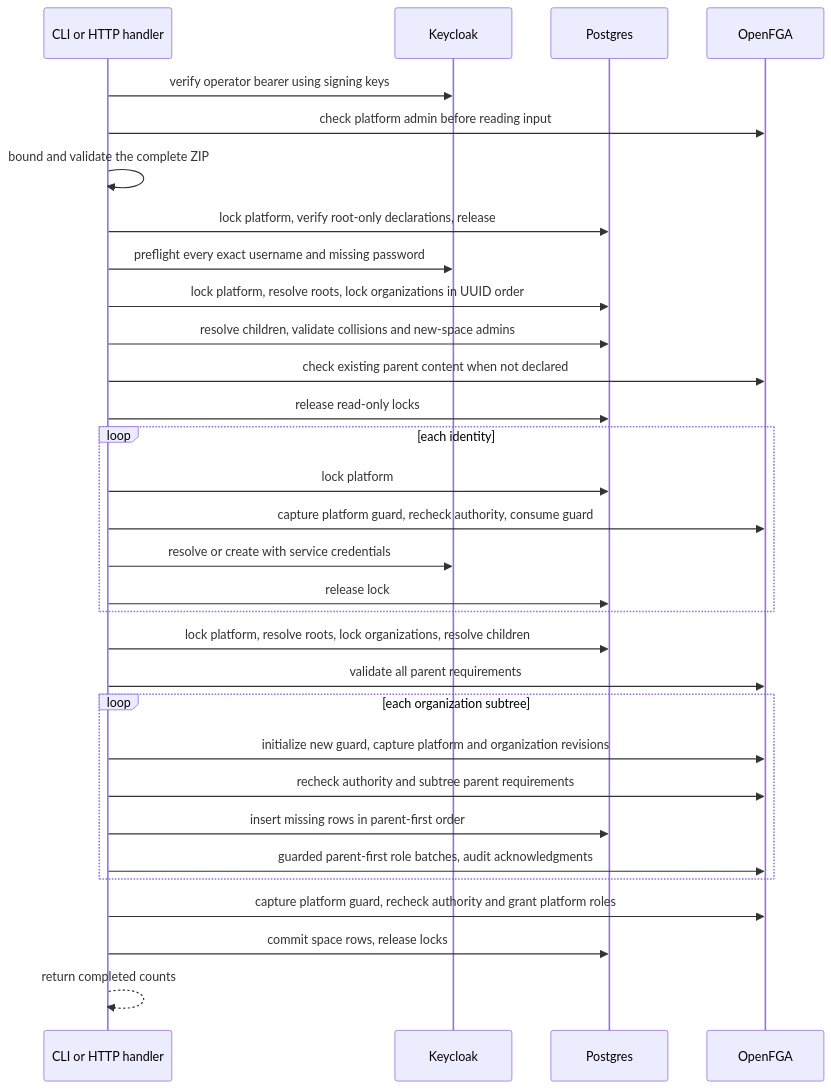
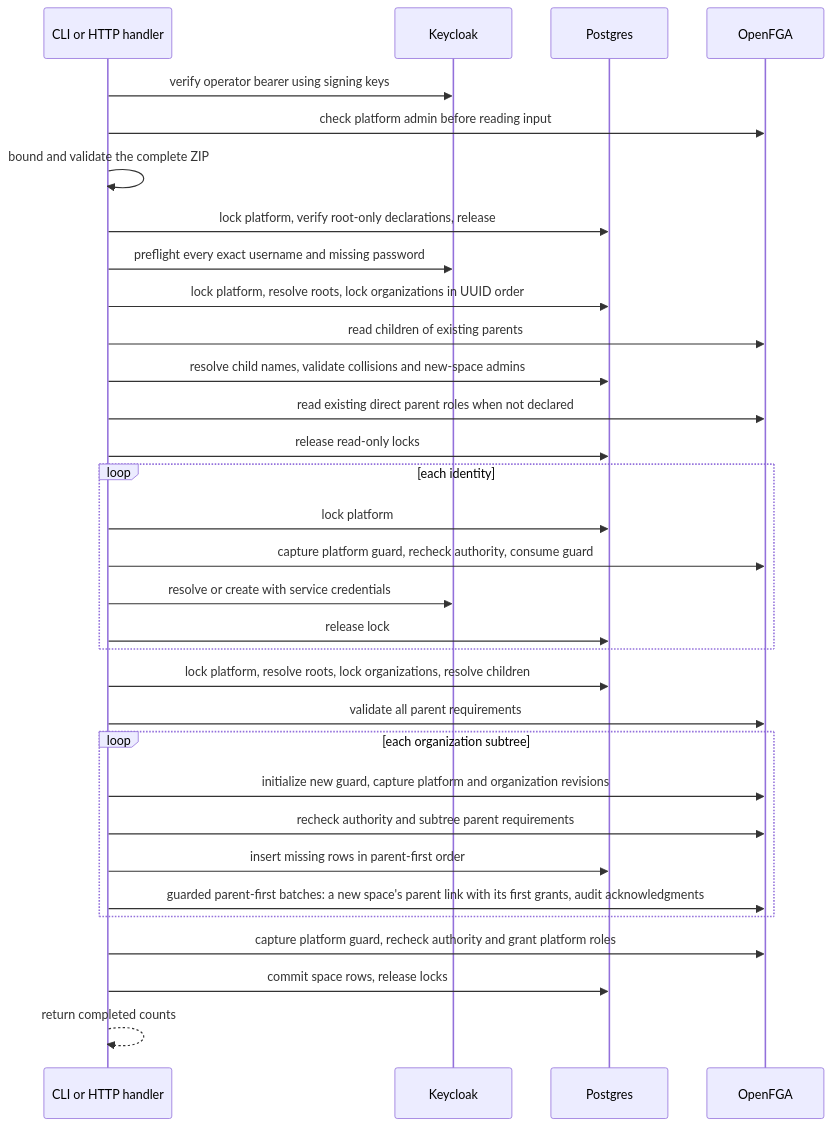
One commit to ThalesGroup/fred changed the ninth of 9 diagrams in docs/architecture/A1-manager-runtime.md. Above: the diagram before and after it, drawn with Mermaid. The commit also changed other lines of this file and 32 other files, not shown here.

First line of the commit message:
feat(#3092): move the space tree to OpenFGA with descending roles

````diff
--- a/docs/architecture/A1-manager-runtime.md
+++ b/docs/architecture/A1-manager-runtime.md
@@ -325,33 +348,34 @@
 ```mermaid
 sequenceDiagram
     participant C as CLI or HTTP handler
     participant KC as Keycloak
     participant PG as Postgres
     participant FGA as OpenFGA
     C->>KC: verify operator bearer using signing keys
     C->>FGA: check platform admin before reading input
     C->>C: bound and validate the complete ZIP
     C->>PG: lock platform, verify root-only declarations, release
     C->>KC: preflight every exact username and missing password
     C->>PG: lock platform, resolve roots, lock organizations in UUID order
-    C->>PG: resolve children, validate collisions and new-space admins
-    C->>FGA: check existing parent content when not declared
+    C->>FGA: read children of existing parents
+    C->>PG: resolve child names, validate collisions and new-space admins
+    C->>FGA: read existing direct parent roles when not declared
     C->>PG: release read-only locks
     loop each identity
         C->>PG: lock platform
         C->>FGA: capture platform guard, recheck authority, consume guard
         C->>KC: resolve or create with service credentials
         C->>PG: release lock
     end
     C->>PG: lock platform, resolve roots, lock organizations, resolve children
     C->>FGA: validate all parent requirements
     loop each organization subtree
         C->>FGA: initialize new guard, capture platform and organization revisions
         C->>FGA: recheck authority and subtree parent requirements
         C->>PG: insert missing rows in parent-first order
-        C->>FGA: guarded parent-first role batches, audit acknowledgments
+        C->>FGA: guarded parent-first batches: a new space's parent link with its first grants, audit acknowledgments
     end
     C->>FGA: capture platform guard, recheck authority and grant platform roles
     C->>PG: commit space rows, release locks
     C-->>C: return completed counts
 ```
````
